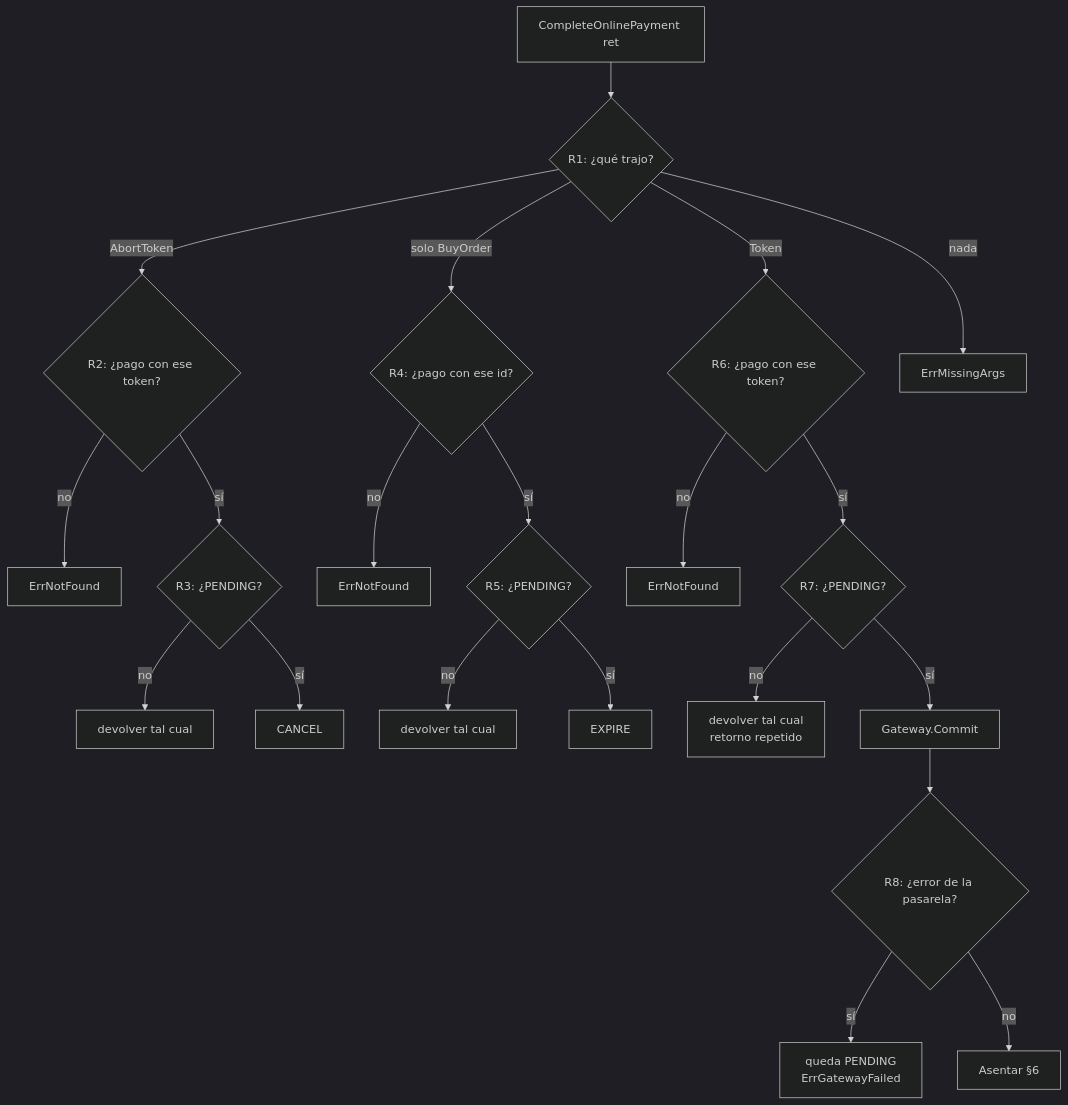
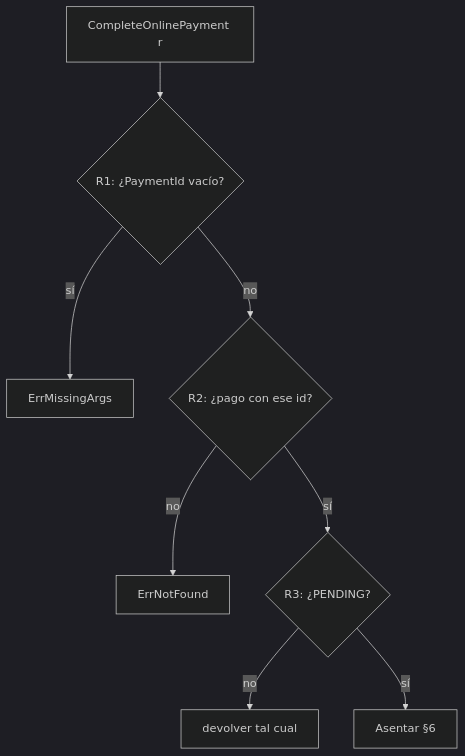
One commit to veltylabs/payment_manager changed the fifth of 11 diagrams in docs/diagrams/flows.md. Above: the diagram before and after it, drawn with Mermaid (dark theme). The commit also changed other lines of this file and 25 other files, not shown here.

First line of the commit message:
feat!: processor-agnostic online Gateway (adapter verifies, module settles)

````diff
--- a/docs/diagrams/flows.md
+++ b/docs/diagrams/flows.md
@@ -84,23 +84,10 @@
 ```mermaid
 flowchart TD
-    A[CompleteOnlinePayment ret] --> R1{R1: ¿qué trajo?}
-    R1 -- AbortToken --> R2{R2: ¿pago con ese token?}
-    R2 -- no --> NF1[ErrNotFound]
+    A[CompleteOnlinePayment r] --> R1{R1: ¿PaymentId vacío?}
+    R1 -- sí --> E0[ErrMissingArgs]
+    R1 -- no --> R2{R2: ¿pago con ese id?}
+    R2 -- no --> NF[ErrNotFound]
     R2 -- sí --> R3{R3: ¿PENDING?}
-    R3 -- no --> SAME1[devolver tal cual]
-    R3 -- sí --> CAN[CANCEL]
-    R1 -- solo BuyOrder --> R4{R4: ¿pago con ese id?}
-    R4 -- no --> NF2[ErrNotFound]
-    R4 -- sí --> R5{R5: ¿PENDING?}
-    R5 -- no --> SAME2[devolver tal cual]
-    R5 -- sí --> EXP[EXPIRE]
-    R1 -- Token --> R6{R6: ¿pago con ese token?}
-    R6 -- no --> NF3[ErrNotFound]
-    R6 -- sí --> R7{R7: ¿PENDING?}
-    R7 -- no --> SAME3[devolver tal cual<br>retorno repetido]
-    R7 -- sí --> CM[Gateway.Commit]
-    CM --> R8{R8: ¿error de la pasarela?}
-    R8 -- sí --> KEEP[queda PENDING<br>ErrGatewayFailed]
-    R8 -- no --> SETTLE[Asentar §6]
-    R1 -- nada --> E0[ErrMissingArgs]
+    R3 -- no --> SAME[devolver tal cual]
+    R3 -- sí --> SETTLE[Asentar §6]
 ```
````
